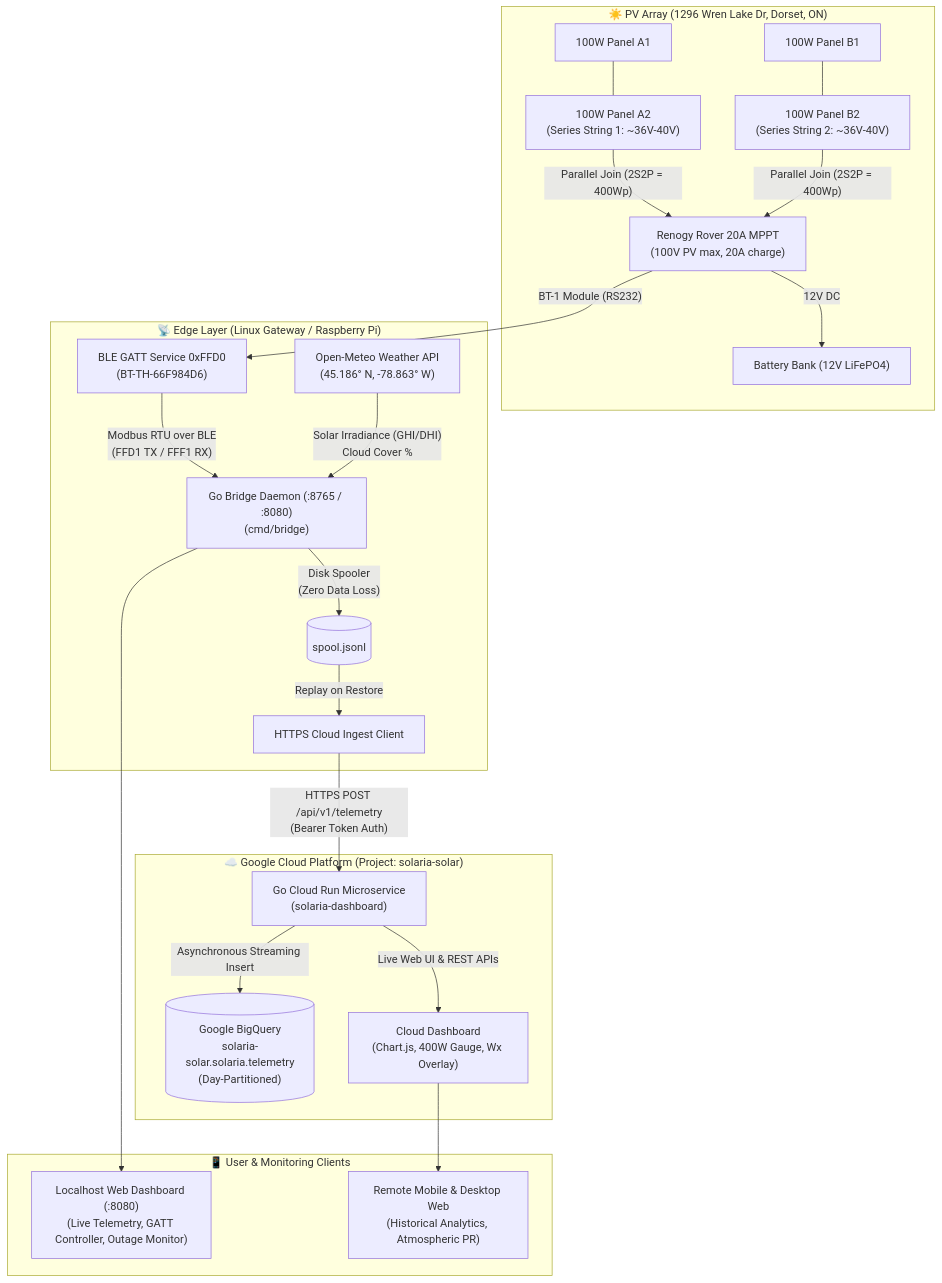
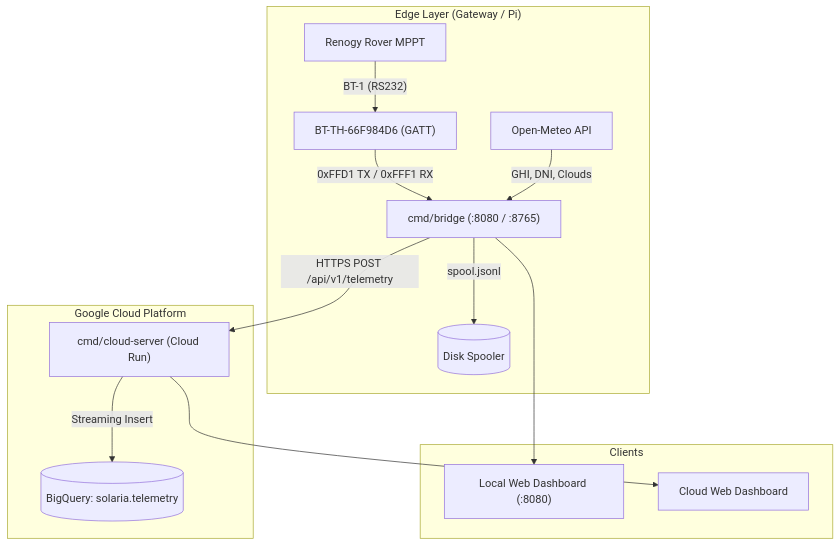
The diagram in docs/architecture.md (fkcurrie/solaria), drawn with Mermaid before and after one commit. The commit also changed other lines of this file and 10 other files, not shown here.

````diff
--- a/docs/architecture.md
+++ b/docs/architecture.md
@@ -9,29 +5,19 @@
 ```mermaid
 flowchart TD
-    subgraph Array["☀️ PV Array (1296 Wren Lake Dr, Dorset, ON)"]
-        P1["100W Panel A1"] --- P2["100W Panel A2\n(Series String 1: ~36V-40V)"]
-        P3["100W Panel B1"] --- P4["100W Panel B2\n(Series String 2: ~36V-40V)"]
-        P2 -->|"Parallel Join (2S2P = 400Wp)"| Rover["Renogy Rover 20A MPPT\n(100V PV max, 20A charge)"]
-        P4 -->|"Parallel Join (2S2P = 400Wp)"| Rover
-        Rover -->|"12V DC"| Batt["Battery Bank (12V LiFePO4)"]
+    subgraph Edge["Edge Layer (Gateway / Pi)"]
+        Rover["Renogy Rover MPPT"] -->|"BT-1 (RS232)"| BLE["BT-TH-66F984D6 (GATT)"]
+        BLE -->|"0xFFD1 TX / 0xFFF1 RX"| Bridge["cmd/bridge (:8080 / :8765)"]
+        Wx["Open-Meteo API"] -->|"GHI, DNI, Clouds"| Bridge
+        Bridge -->|"spool.jsonl"| Spooler[("Disk Spooler")]
     end
 
-    subgraph Edge["📡 Edge Layer (Linux Gateway / Raspberry Pi)"]
-        Rover -->|"BT-1 Module (RS232)"| BT["BLE GATT Service 0xFFD0\n(BT-TH-66F984D6)"]
-        BT -->|"Modbus RTU over BLE\n(FFD1 TX / FFF1 RX)"| Bridge["Go Bridge Daemon (:8765 / :8080)\n(cmd/bridge)"]
-        Weather["Open-Meteo Weather API\n(45.186° N, -78.863° W)"] -->|"Solar Irradiance (GHI/DHI)\nCloud Cover %"| Bridge
-        Bridge -->|"Disk Spooler\n(Zero Data Loss)"| Spooler[("spool.jsonl")]
-        Spooler -->|"Replay on Restore"| Uploader["HTTPS Cloud Ingest Client"]
+    subgraph Cloud["Google Cloud Platform"]
+        Bridge -->|"HTTPS POST /api/v1/telemetry"| CloudRun["cmd/cloud-server (Cloud Run)"]
+        CloudRun -->|"Streaming Insert"| BQ[("BigQuery: solaria.telemetry")]
     end
 
-    subgraph GCP["☁️ Google Cloud Platform (Project: solaria-solar)"]
-        Uploader -->|"HTTPS POST /api/v1/telemetry\n(Bearer Token Auth)"| CloudRun["Go Cloud Run Microservice\n(solaria-dashboard)"]
-        CloudRun -->|"Asynchronous Streaming Insert"| BigQuery[("Google BigQuery\nsolaria-solar.solaria.telemetry\n(Day-Partitioned)")]
-        CloudRun -->|"Live Web UI & REST APIs"| CloudDashboard["Cloud Dashboard\n(Chart.js, 400W Gauge, Wx Overlay)"]
-    end
-
-    subgraph User["📱 User & Monitoring Clients"]
-        Bridge --> LocalUI["Localhost Web Dashboard (:8080)\n(Live Telemetry, GATT Controller, Outage Monitor)"]
-        CloudDashboard --> RemoteUI["Remote Mobile & Desktop Web\n(Historical Analytics, Atmospheric PR)"]
+    subgraph Client["Clients"]
+        Bridge --> LocalUI["Local Web Dashboard (:8080)"]
+        CloudRun --> RemoteUI["Cloud Web Dashboard"]
     end
 ```
````
